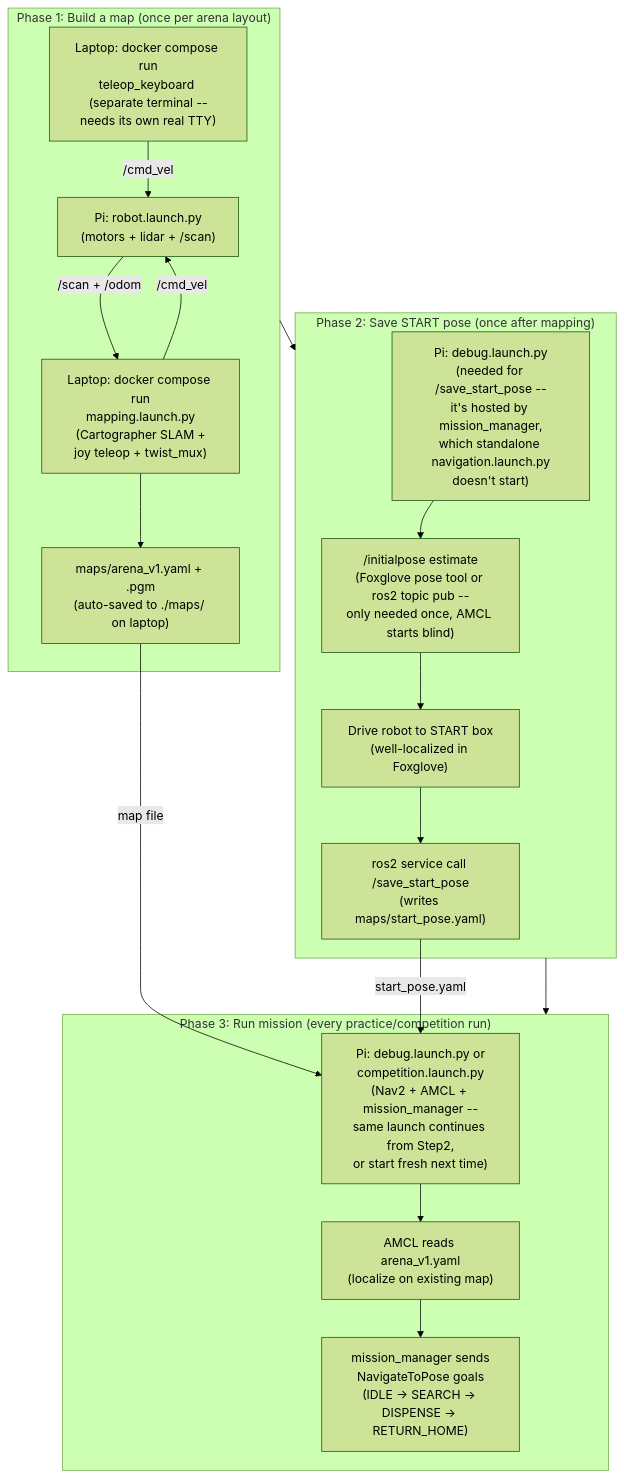
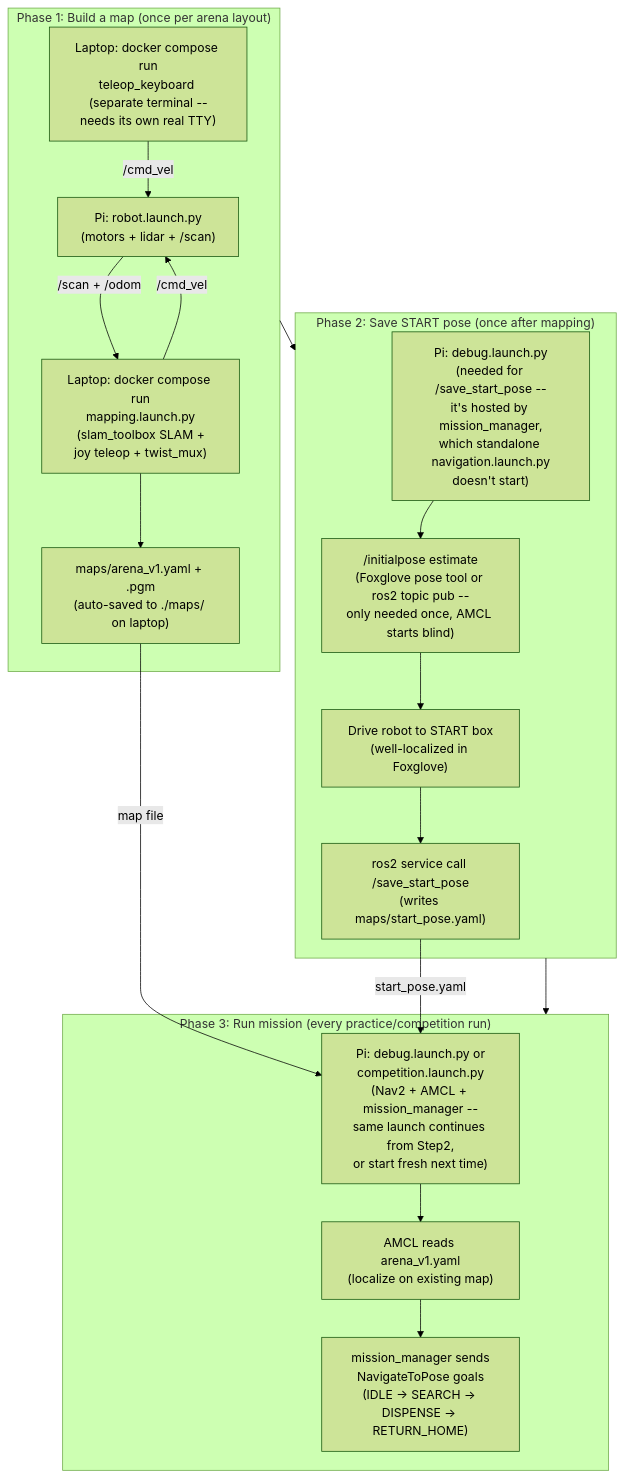
One commit to robotkub/turtlebot3 changed the diagram in docs/en/05-navigation.md. Above: the diagram before and after it, drawn with Mermaid (forest theme). The commit also changed other lines of this file and 18 other files, not shown here.

````diff
--- a/docs/en/05-navigation.md
+++ b/docs/en/05-navigation.md
@@ -37,32 +37,32 @@
 ```mermaid
 flowchart TD
     subgraph Step1["Phase 1: Build a map (once per arena layout)"]
         A["Pi: robot.launch.py\n(motors + lidar + /scan)"]
-        B["Laptop: docker compose run\nmapping.launch.py\n(Cartographer SLAM +\njoy teleop + twist_mux)"]
+        B["Laptop: docker compose run\nmapping.launch.py\n(slam_toolbox SLAM +\njoy teleop + twist_mux)"]
         C["Laptop: docker compose run\nteleop_keyboard (separate terminal --\nneeds its own real TTY)"]
         D["maps/arena_v1.yaml + .pgm\n(auto-saved to ./maps/ on laptop)"]
         A -->|"/scan + /odom"| B
         B -->|"/cmd_vel"| A
         C -->|"/cmd_vel"| A
         B --> D
     end
 
     subgraph Step2["Phase 2: Save START pose (once after mapping)"]
         E0["Pi: debug.launch.py\n(needed for /save_start_pose --\nit's hosted by mission_manager,\nwhich standalone navigation.launch.py\ndoesn't start)"]
         E1["/initialpose estimate\n(Foxglove pose tool or ros2 topic pub --\nonly needed once, AMCL starts blind)"]
         E["Drive robot to START box\n(well-localized in Foxglove)"]
         F["ros2 service call /save_start_pose\n(writes maps/start_pose.yaml)"]
         E0 --> E1 --> E --> F
     end
 
     subgraph Step3["Phase 3: Run mission (every practice/competition run)"]
         G["Pi: debug.launch.py or\ncompetition.launch.py\n(Nav2 + AMCL + mission_manager --\nsame launch continues from Step2,\nor start fresh next time)"]
         H["AMCL reads arena_v1.yaml\n(localize on existing map)"]
         I["mission_manager sends\nNavigateToPose goals\n(IDLE → SEARCH → DISPENSE → RETURN_HOME)"]
         D -->|"map file"| G
         F -->|"start_pose.yaml"| G
         G --> H --> I
     end
 
     Step1 --> Step2 --> Step3
 ```
````
